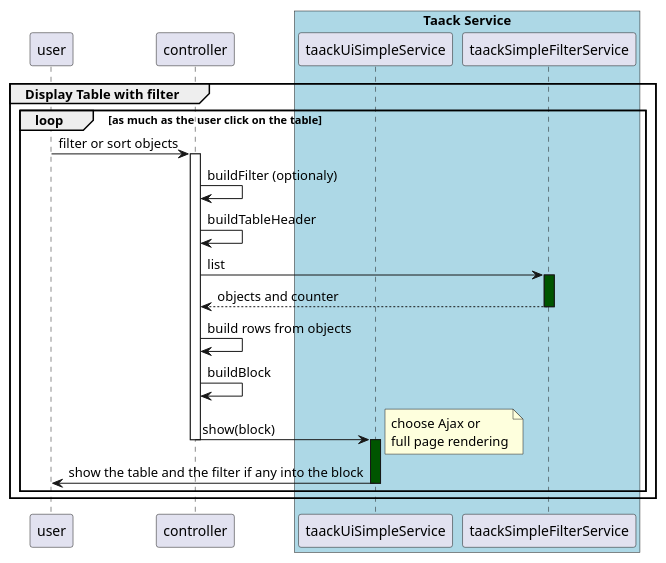
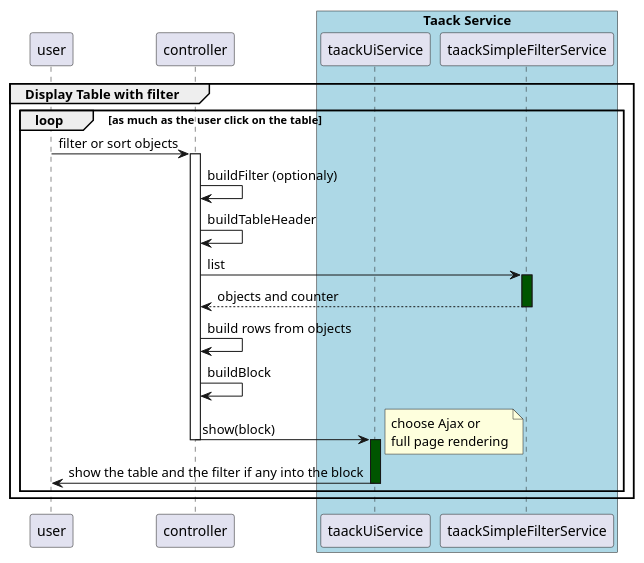
Before and after one commit to Taack/taack-website-content: the second of 3 diagrams in asciidoc/doc/UserGuide/UseCases.adoc, drawn with PlantUML. The commit also changed other lines of this file and 7 other files, not shown here.

```diff
--- a/asciidoc/doc/UserGuide/UseCases.adoc
+++ b/asciidoc/doc/UserGuide/UseCases.adoc
@@ -122,33 +122,33 @@
 [plantuml,format="svg",opts={optsi}]
 ----
 @startuml
 group Display Table with filter
     loop as much as the user click on the table
         user -> controller : filter or sort objects
         activate controller
         controller -> controller : buildFilter (optionaly)
         controller -> controller : buildTableHeader
         controller -> taackSimpleFilterService : list
         activate taackSimpleFilterService #005500
         return objects and counter
         controller -> controller : build rows from objects
         controller -> controller : buildBlock
-        controller -> taackUiSimpleService : show(block)
+        controller -> taackUiService : show(block)
         deactivate controller
-        activate taackUiSimpleService #005500
+        activate taackUiService #005500
         note right
             choose Ajax or
             full page rendering
         end note
-        taackUiSimpleService -> user : show the table and the filter if any into the block
-        deactivate taackUiSimpleService
+        taackUiService -> user : show the table and the filter if any into the block
+        deactivate taackUiService
     end
 end
 
 box "Taack Service" #LightBlue
-    participant taackUiSimpleService
+    participant taackUiService
     participant taackSimpleFilterService
 end box
 
 @enduml
 ----
```
